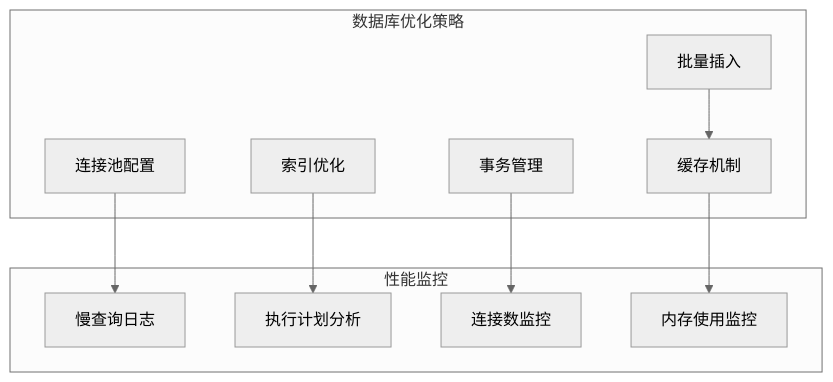
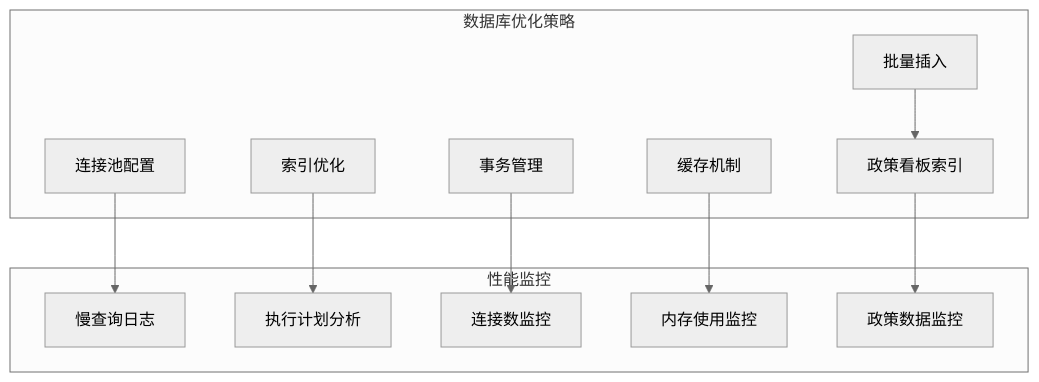
One commit to xiaoche80s-tech/rouyi-vue-pro changed the tenth of 10 diagrams in .qoder/repowiki/zh/content/核心模块/Excel批量导入功能.md. Above: the diagram before and after it, drawn with Mermaid (neutral theme). The commit also changed other lines of this file and 900 other files, not shown here.

````diff
--- a/.qoder/repowiki/zh/content/核心模块/Excel批量导入功能.md
+++ b/.qoder/repowiki/zh/content/核心模块/Excel批量导入功能.md
@@ -541,21 +663,24 @@
 ```mermaid
 graph TD
 subgraph "数据库优化策略"
 A[批量插入]
 B[连接池配置]
 C[索引优化]
 D[事务管理]
 E[缓存机制]
+F[政策看板索引]
 end
 subgraph "性能监控"
-F[慢查询日志]
-G[执行计划分析]
-H[连接数监控]
-I[内存使用监控]
+G[慢查询日志]
+H[执行计划分析]
+I[连接数监控]
+J[内存使用监控]
+K[政策数据监控]
 end
-A --> E
-B --> F
-C --> G
-D --> H
-E --> I
+A --> F
+B --> G
+C --> H
+D --> I
+E --> J
+F --> K
 ```
````
